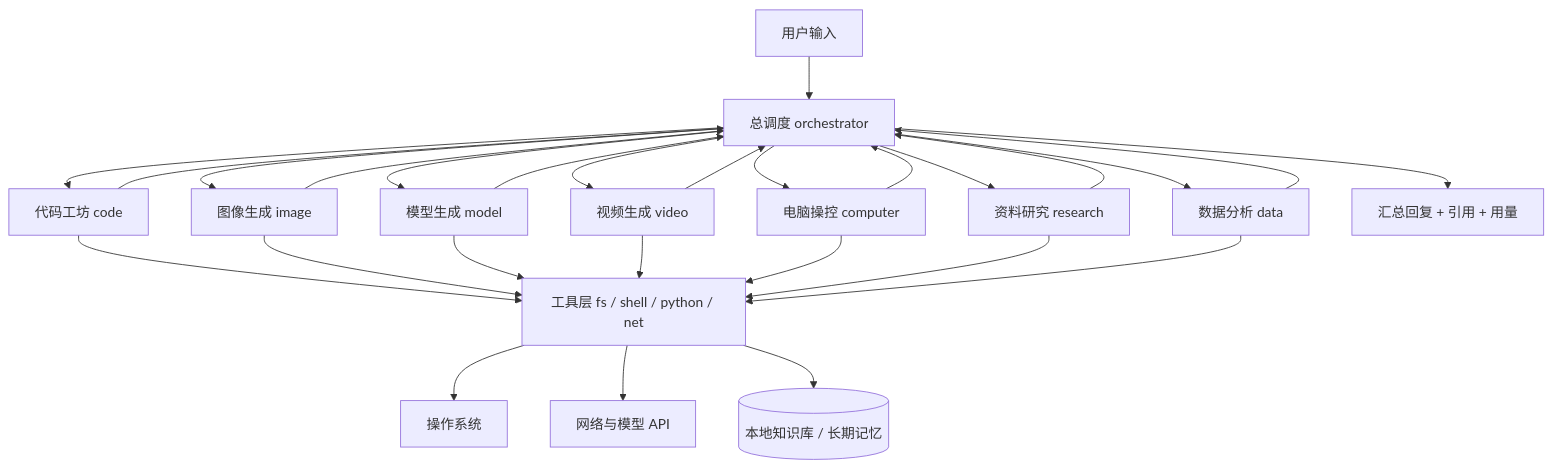
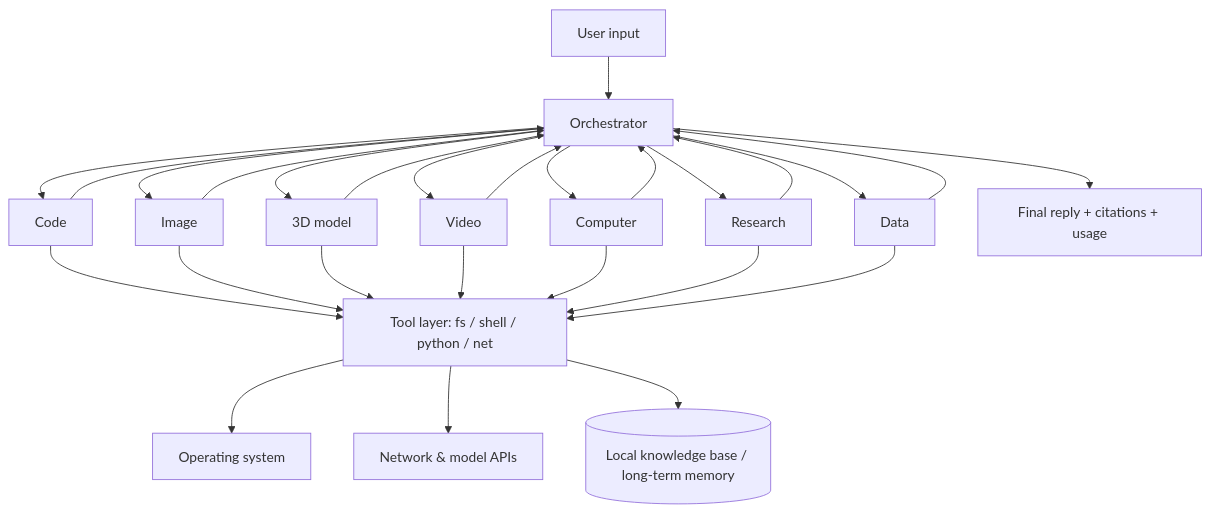
The diagram in README.md (LHRonline/Run-worker), drawn with Mermaid before and after one commit. The commit also changed other lines of this file and 1 other file, not shown here.

````diff
--- a/README.md
+++ b/README.md
@@ -125,17 +128,17 @@
 ```mermaid
 flowchart TD
-    U[用户输入] --> O[总调度 orchestrator]
-    O --> C[代码工坊 code]
-    O --> I[图像生成 image]
-    O --> M[模型生成 model]
-    O --> V[视频生成 video]
-    O --> P[电脑操控 computer]
-    O --> R[资料研究 research]
-    O --> D[数据分析 data]
-    C & I & M & V & P & R & D --> T[工具层 fs / shell / python / net]
-    T --> SYS[操作系统]
-    T --> NET[网络与模型 API]
-    T --> KB[(本地知识库 / 长期记忆)]
+    U[User input] --> O[Orchestrator]
+    O --> C[Code]
+    O --> I[Image]
+    O --> M[3D model]
+    O --> V[Video]
+    O --> P[Computer]
+    O --> R[Research]
+    O --> D[Data]
+    C & I & M & V & P & R & D --> T[Tool layer: fs / shell / python / net]
+    T --> SYS[Operating system]
+    T --> NET[Network & model APIs]
+    T --> KB[(Local knowledge base / long-term memory)]
     C & I & M & V & P & R & D --> O
-    O --> OUT[汇总回复 + 引用 + 用量]
+    O --> OUT[Final reply + citations + usage]
 ```
````
